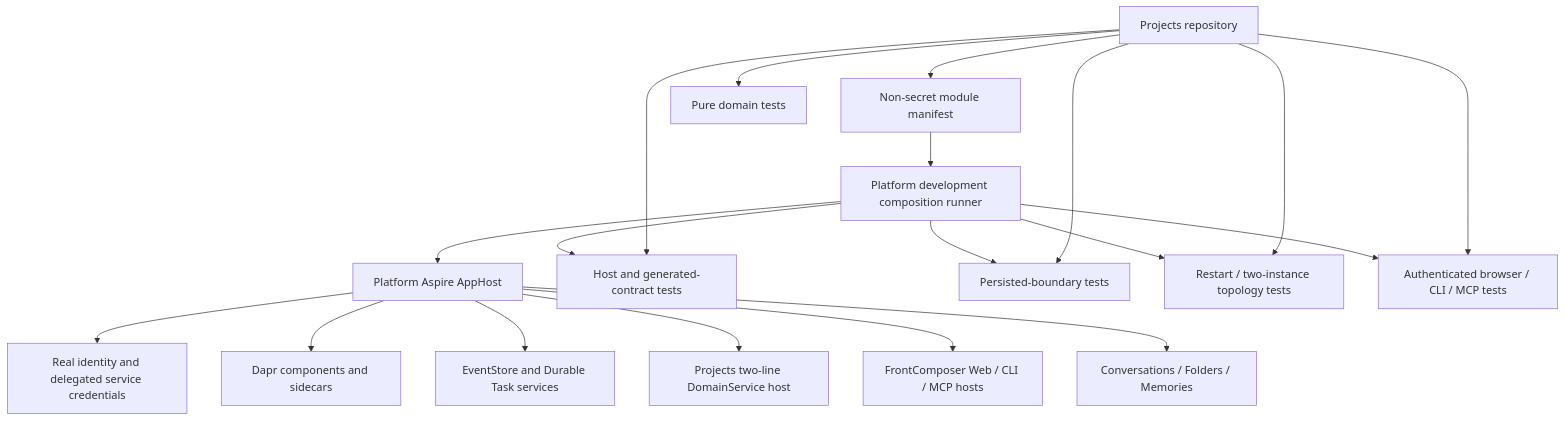
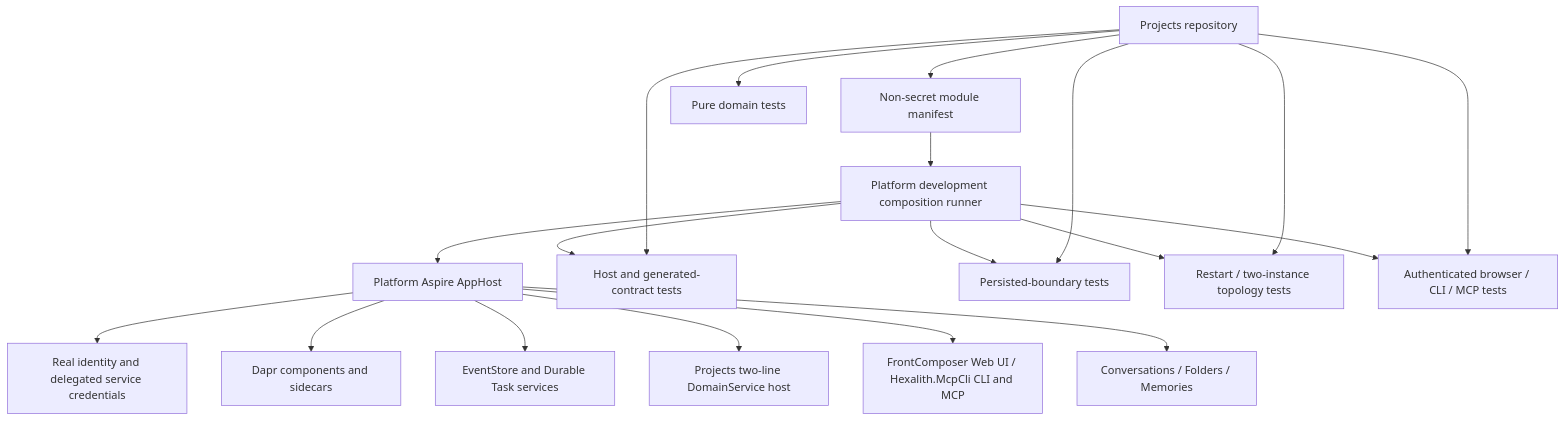
Before and after one commit to Hexalith/Hexalith.Projects: the fourth of 4 diagrams in _bmad-output/planning-artifacts/architecture/architecture-projects-2026-07-15/ARCHITECTURE-SPINE.md, drawn with Mermaid. The commit also changed other lines of this file and 2 other files, not shown here.

````diff
--- a/_bmad-output/planning-artifacts/architecture/architecture-projects-2026-07-15/ARCHITECTURE-SPINE.md
+++ b/_bmad-output/planning-artifacts/architecture/architecture-projects-2026-07-15/ARCHITECTURE-SPINE.md
@@ -454,24 +457,24 @@
 ```mermaid
 flowchart TB
     Repo["Projects repository"] --> Manifest["Non-secret module manifest"]
     Manifest --> Runner["Platform development composition runner"]
     Runner --> AppHost["Platform Aspire AppHost"]
 
     AppHost --> Identity["Real identity and delegated service credentials"]
     AppHost --> Dapr["Dapr components and sidecars"]
     AppHost --> EventStore["EventStore and Durable Task services"]
     AppHost --> ProjectsHost["Projects two-line DomainService host"]
-    AppHost --> FrontComposer["FrontComposer Web / CLI / MCP hosts"]
+    AppHost --> FrontComposer["FrontComposer Web UI / Hexalith.McpCli CLI and MCP"]
     AppHost --> Siblings["Conversations / Folders / Memories"]
 
     Repo --> Pure["Pure domain tests"]
     Repo --> HostContract["Host and generated-contract tests"]
     Repo --> Persisted["Persisted-boundary tests"]
     Repo --> Distributed["Restart / two-instance topology tests"]
     Repo --> Authenticated["Authenticated browser / CLI / MCP tests"]
 
     Runner --> HostContract
     Runner --> Persisted
     Runner --> Distributed
     Runner --> Authenticated
 ```
````
